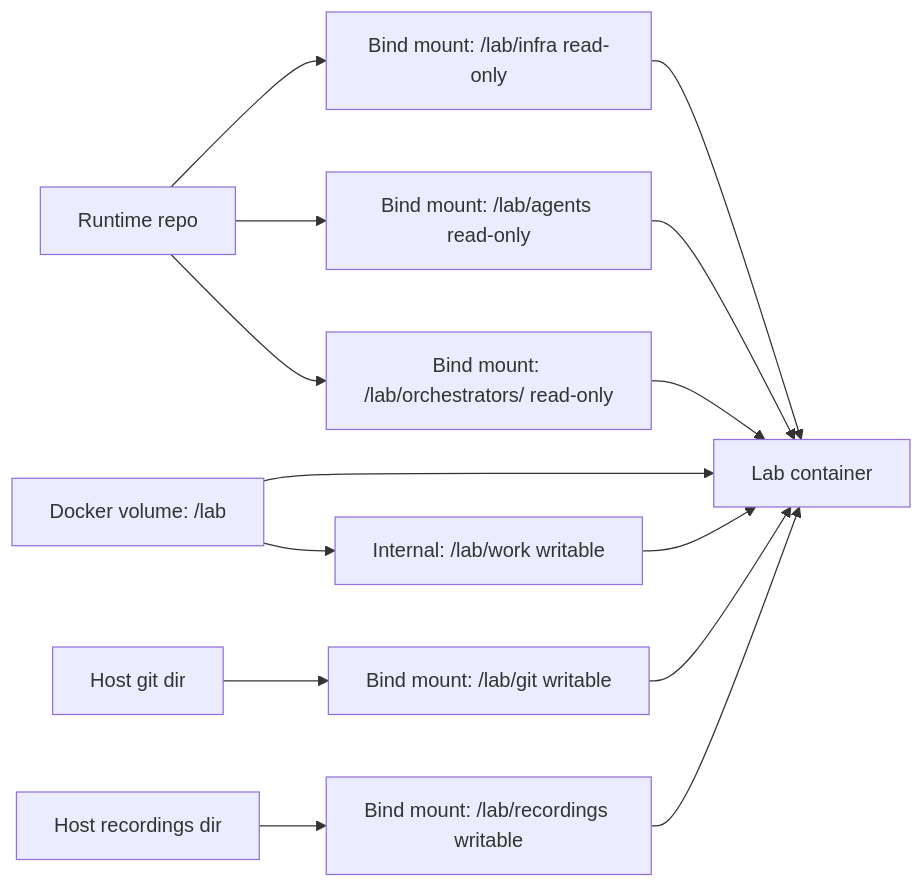
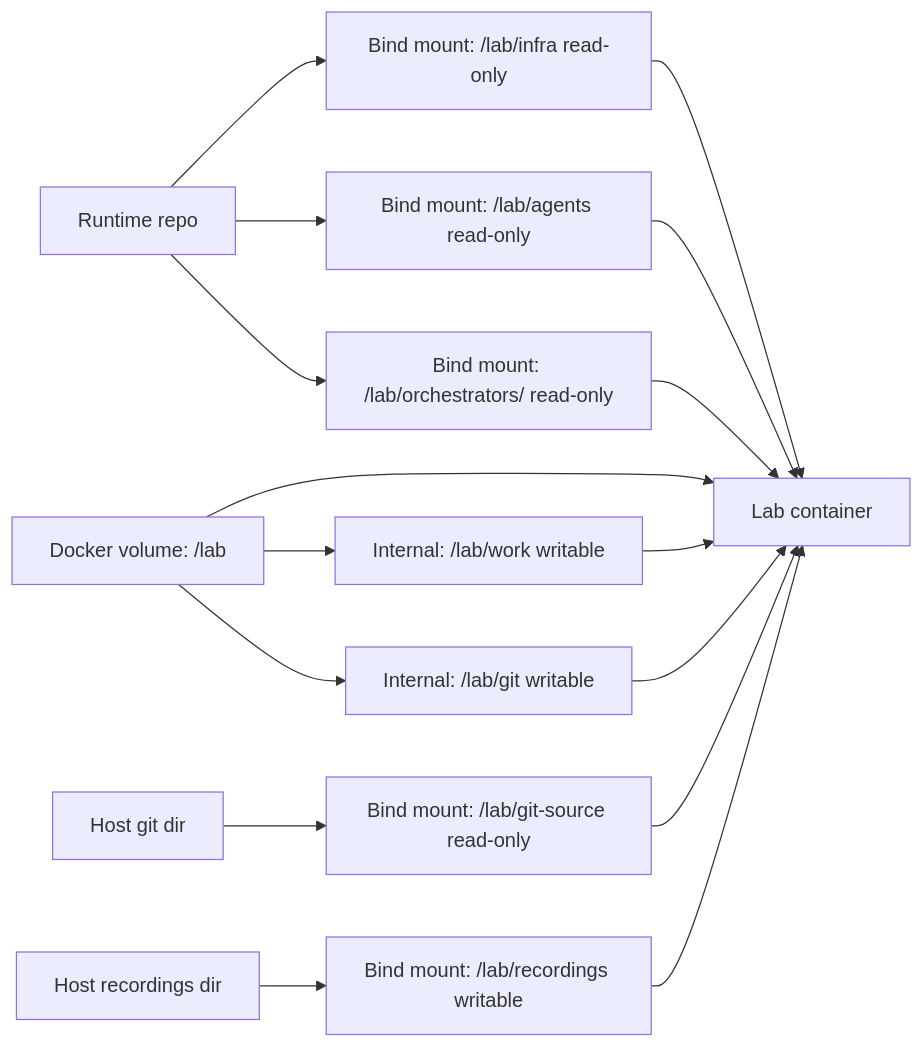
One commit to taxiway-sh/taxiway changed the diagram in docs/drivers/docker.md. Above: the diagram before and after it, drawn with Mermaid. The commit also changed other lines of this file and 3 other files, not shown here.

Commit message:
docs: describe guest Git forks and lab recreation

````diff
--- a/docs/drivers/docker.md
+++ b/docs/drivers/docker.md
@@ -20,16 +20,18 @@
 ```mermaid
 flowchart LR
   repo[Runtime repo] --> infra["Bind mount: /lab/infra read-only"]
   repo --> agents["Bind mount: /lab/agents read-only"]
   repo --> orch["Bind mount: /lab/orchestrators/<type> read-only"]
-  git[Host git dir] --> gitMount["Bind mount: /lab/git writable"]
+  git[Host git dir] --> gitMount["Bind mount: /lab/git-source read-only"]
   recordings[Host recordings dir] --> recordingsMount["Bind mount: /lab/recordings writable"]
   labVolume["Docker volume: /lab"] --> container[Lab container]
   labVolume --> work["Internal: /lab/work writable"]
+  labVolume --> fork["Internal: /lab/git writable"]
   infra --> container
   agents --> container
   orch --> container
   work --> container
+  fork --> container
   gitMount --> container
   recordingsMount --> container
 ```
````
